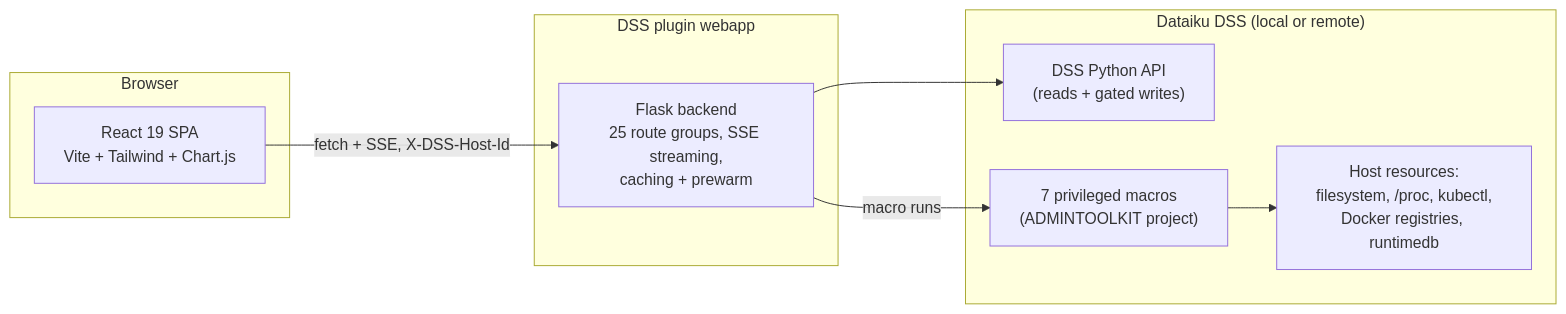
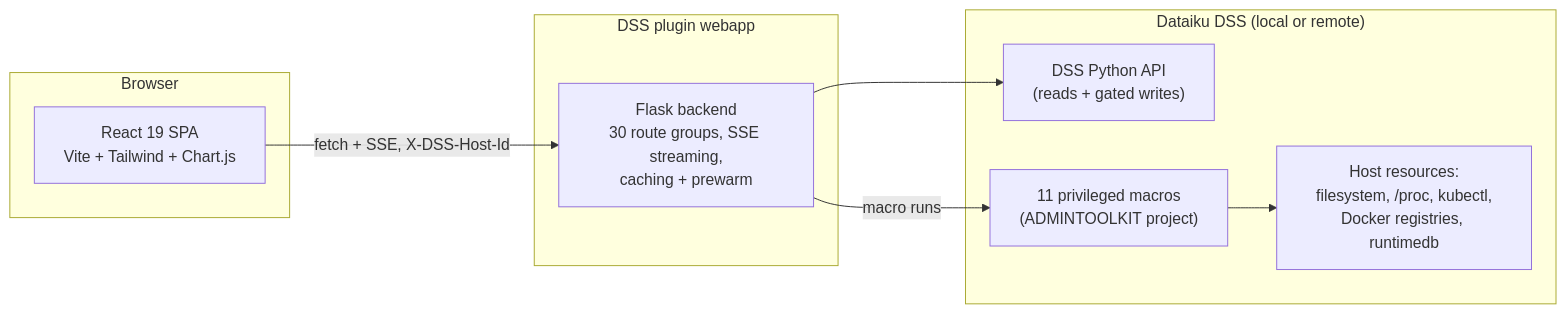
The diagram in README.md (gozu/admin-toolkit), drawn with Mermaid before and after one commit. The commit also changed other lines of this file and 4 other files, not shown here.

````diff
--- a/README.md
+++ b/README.md
@@ -144,18 +145,18 @@
 ```mermaid
 flowchart LR
     subgraph Browser
         SPA["React 19 SPA<br/>Vite + Tailwind + Chart.js"]
     end
     subgraph Webapp["DSS plugin webapp"]
-        API["Flask backend<br/>25 route groups, SSE streaming,<br/>caching + prewarm"]
+        API["Flask backend<br/>30 route groups, SSE streaming,<br/>caching + prewarm"]
     end
     subgraph DSS["Dataiku DSS (local or remote)"]
         PYAPI["DSS Python API<br/>(reads + gated writes)"]
-        MACROS["7 privileged macros<br/>(ADMINTOOLKIT project)"]
+        MACROS["11 privileged macros<br/>(ADMINTOOLKIT project)"]
         HOST["Host resources:<br/>filesystem, /proc, kubectl,<br/>Docker registries, runtimedb"]
     end
     SPA -->|"fetch + SSE, X-DSS-Host-Id"| API
     API --> PYAPI
     API -->|macro runs| MACROS
     MACROS --> HOST
 ```
````
